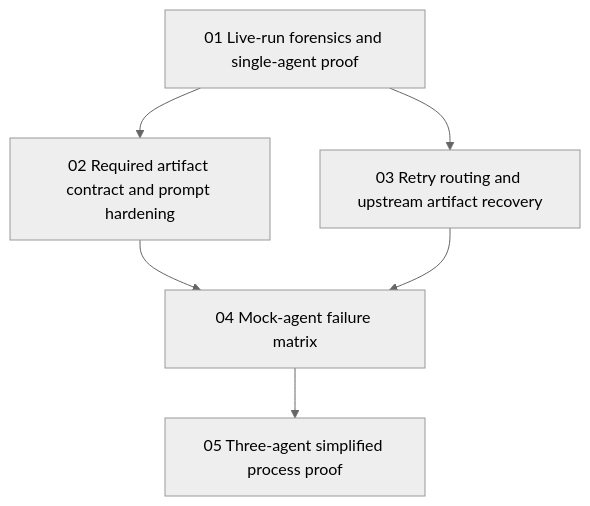
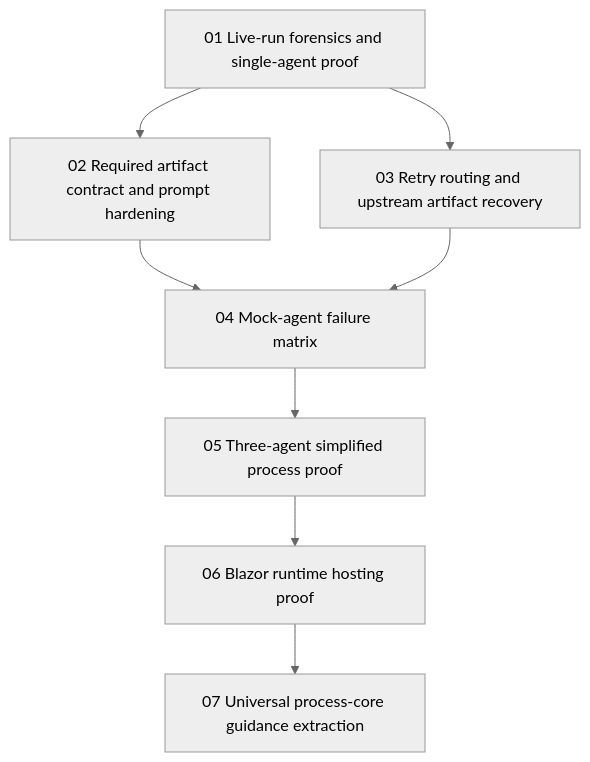
The diagram in codex/bundles/agent-process-artifact-recovery-hardening/plan/01-phase-plan.md (fyziktom/CanDoItAll), drawn with Mermaid (neutral theme) before and after one commit. The commit also changed other lines of this file and 40 other files, not shown here.

````diff
--- a/codex/bundles/agent-process-artifact-recovery-hardening/plan/01-phase-plan.md
+++ b/codex/bundles/agent-process-artifact-recovery-hardening/plan/01-phase-plan.md
@@ -13,14 +15,18 @@
 ```mermaid
 flowchart TD
     SB01["01 Live-run forensics and single-agent proof"]
     SB02["02 Required artifact contract and prompt hardening"]
     SB03["03 Retry routing and upstream artifact recovery"]
     SB04["04 Mock-agent failure matrix"]
     SB05["05 Three-agent simplified process proof"]
+    SB06["06 Blazor runtime hosting proof"]
+    SB07["07 Universal process-core guidance extraction"]
 
     SB01 --> SB02
     SB01 --> SB03
     SB02 --> SB04
     SB03 --> SB04
     SB04 --> SB05
+    SB05 --> SB06
+    SB06 --> SB07
 ```
````
